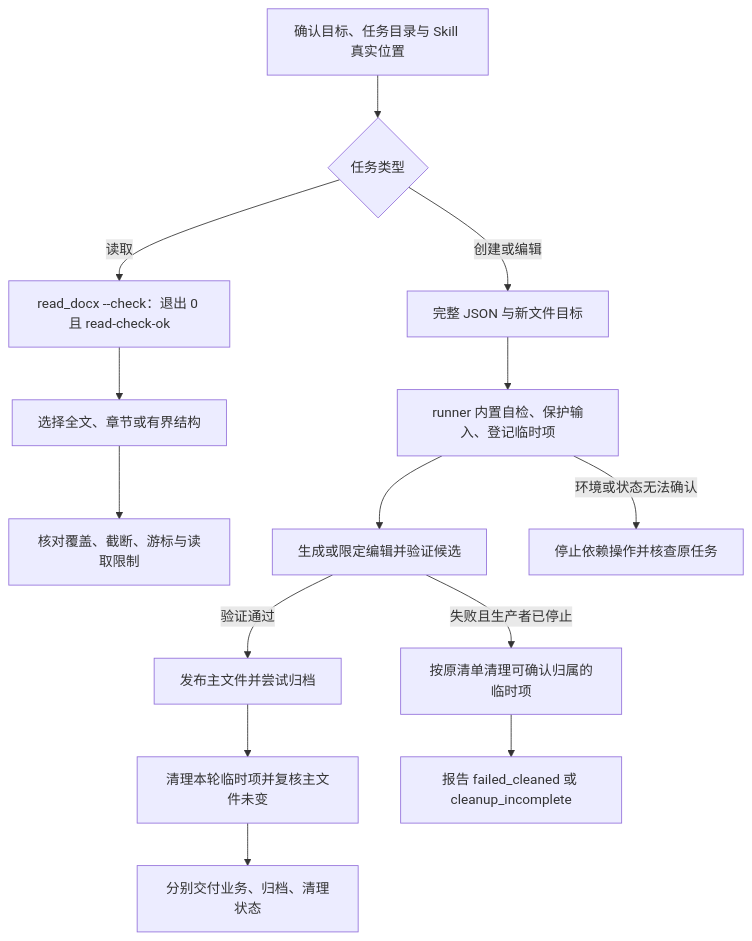
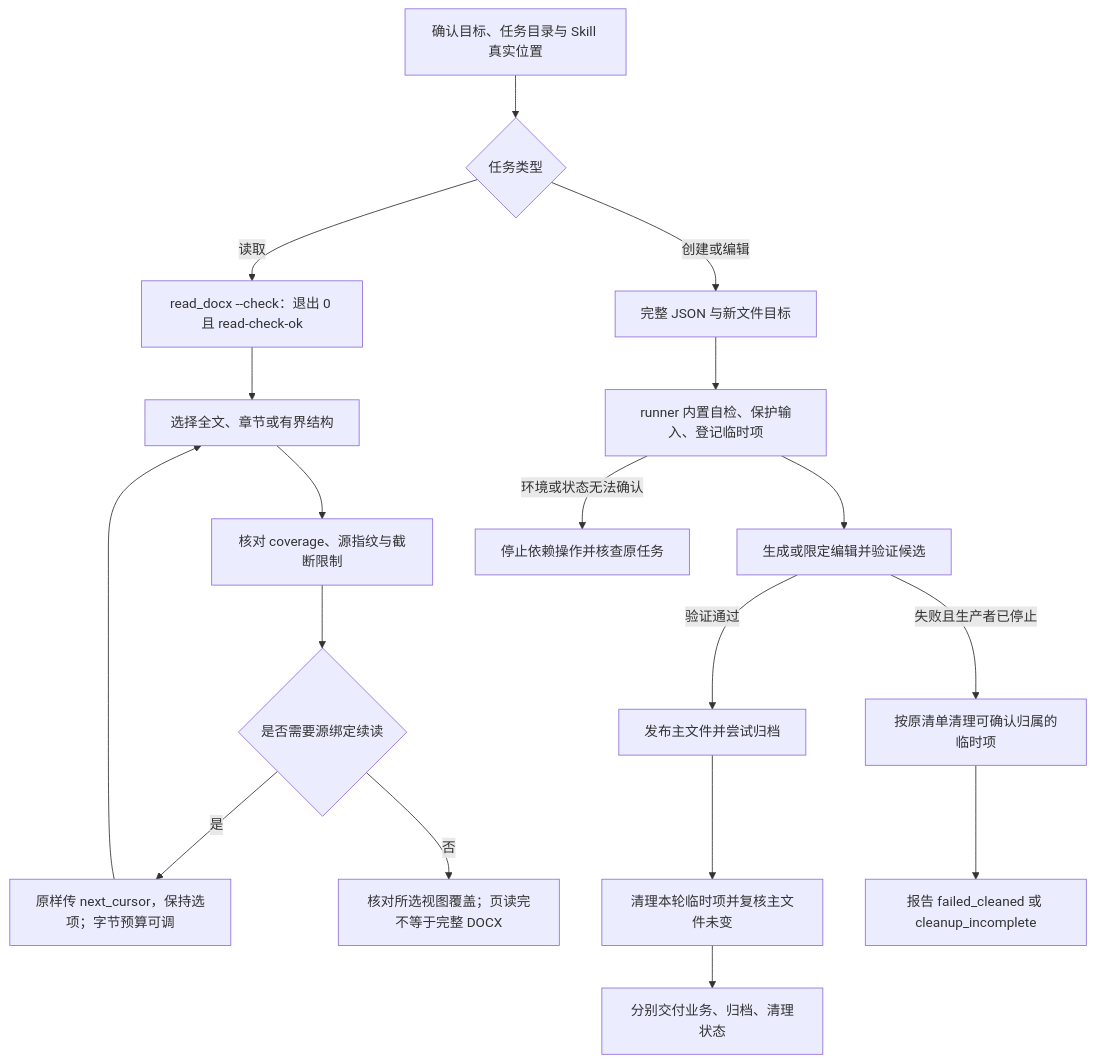
One commit to JohnParken/PSL-SKILLS changed the second of 2 diagrams in docs/skills/docx.md. Above: the diagram before and after it, drawn with Mermaid. The commit also changed other lines of this file and 17 other files, not shown here.

````diff
--- a/docs/skills/docx.md
+++ b/docs/skills/docx.md
@@ -54,16 +55,20 @@
 ```mermaid
 flowchart TD
     A["确认目标、任务目录与 Skill 真实位置"] --> B{"任务类型"}
     B -->|"读取"| C["read_docx --check：退出 0 且 read-check-ok"]
     C --> D["选择全文、章节或有界结构"]
-    D --> E["核对覆盖、截断、游标与读取限制"]
+    D --> E["核对 coverage、源指纹与截断限制"]
+    E --> O{"是否需要源绑定续读"}
+    O -->|"是"| P["原样传 next_cursor，保持选项；字节预算可调"]
+    P --> D
+    O -->|"否"| Q["核对所选视图覆盖；页读完不等于完整 DOCX"]
     B -->|"创建或编辑"| F["完整 JSON 与新文件目标"]
     F --> G["runner 内置自检、保护输入、登记临时项"]
     G --> H["生成或限定编辑并验证候选"]
     H -->|"验证通过"| I["发布主文件并尝试归档"]
     H -->|"失败且生产者已停止"| J["按原清单清理可确认归属的临时项"]
     I --> K["清理本轮临时项并复核主文件未变"]
     K --> L["分别交付业务、归档、清理状态"]
     J --> M["报告 failed_cleaned 或 cleanup_incomplete"]
     G -->|"环境或状态无法确认"| N["停止依赖操作并核查原任务"]
 ```
````
